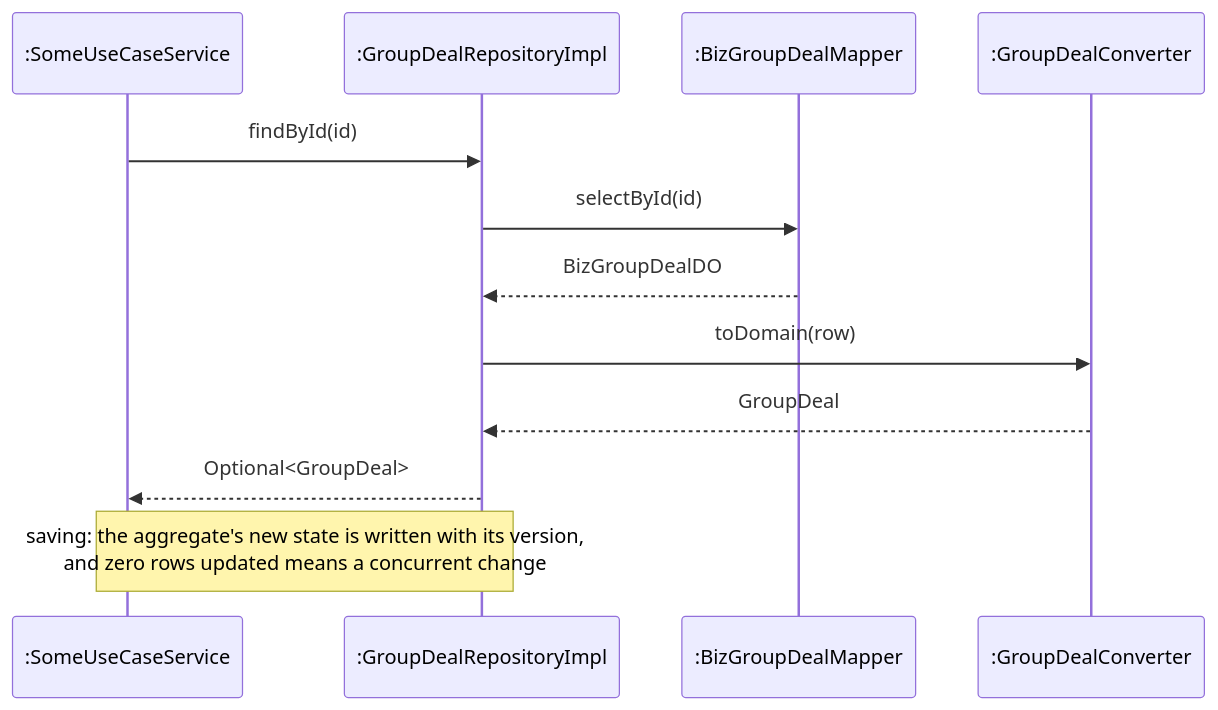
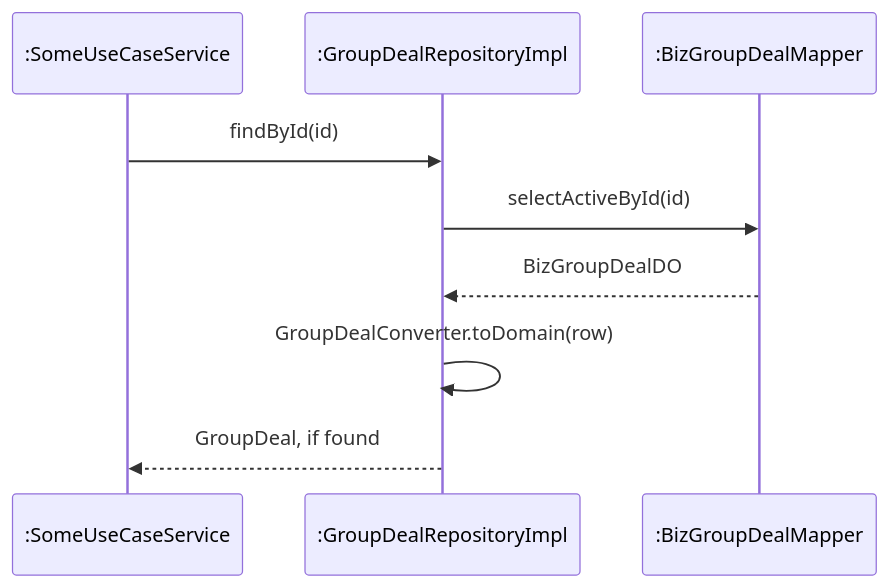
One commit to PPsyrius/iss-groupbuy-team8 changed the eighth of 14 diagrams in docs/swe5006/report-drafts/transition-strategies.md. Above: the diagram before and after it, drawn with Mermaid. The commit also changed other lines of this file and 1 other file, not shown here.

````diff
--- a/docs/swe5006/report-drafts/transition-strategies.md
+++ b/docs/swe5006/report-drafts/transition-strategies.md
@@ -342,14 +323,11 @@
 ```mermaid
 sequenceDiagram
     participant S as :SomeUseCaseService
     participant R as :GroupDealRepositoryImpl
     participant M as :BizGroupDealMapper
-    participant V as :GroupDealConverter
     S->>R: findById(id)
-    R->>M: selectById(id)
+    R->>M: selectActiveById(id)
     M-->>R: BizGroupDealDO
-    R->>V: toDomain(row)
-    V-->>R: GroupDeal
-    R-->>S: Optional<GroupDeal>
-    Note over S,R: saving: the aggregate's new state is written with its version,<br/>and zero rows updated means a concurrent change
+    R->>R: GroupDealConverter.toDomain(row)
+    R-->>S: GroupDeal, if found
 ```
````
